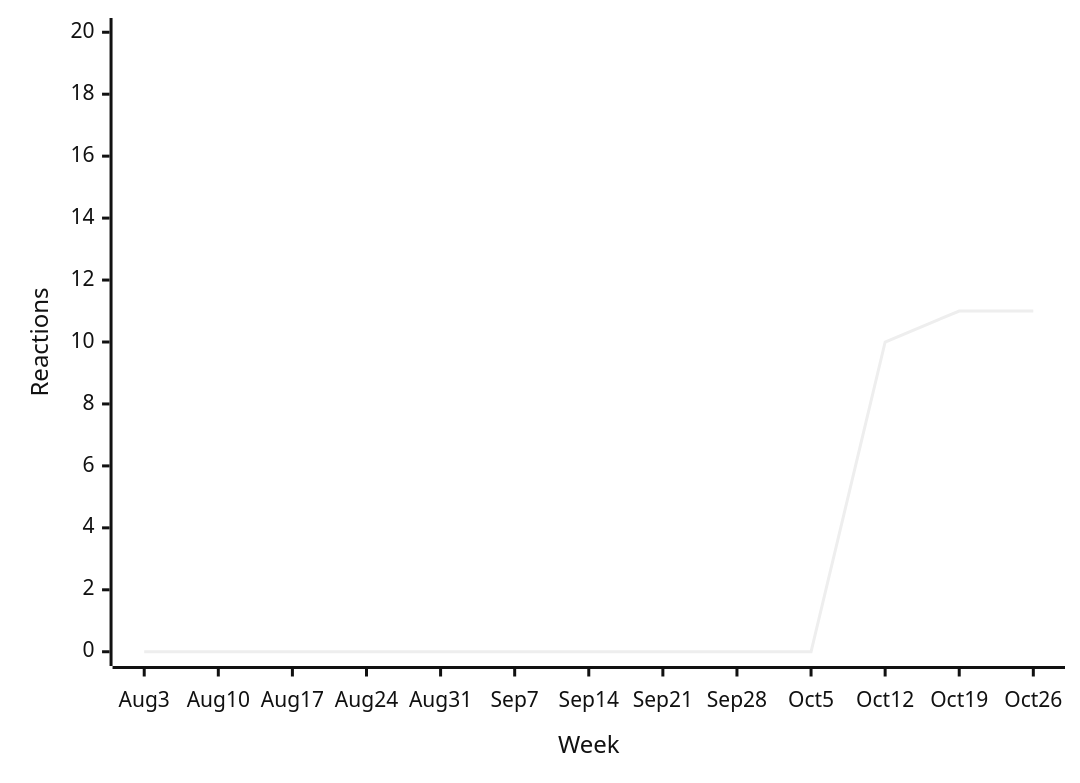
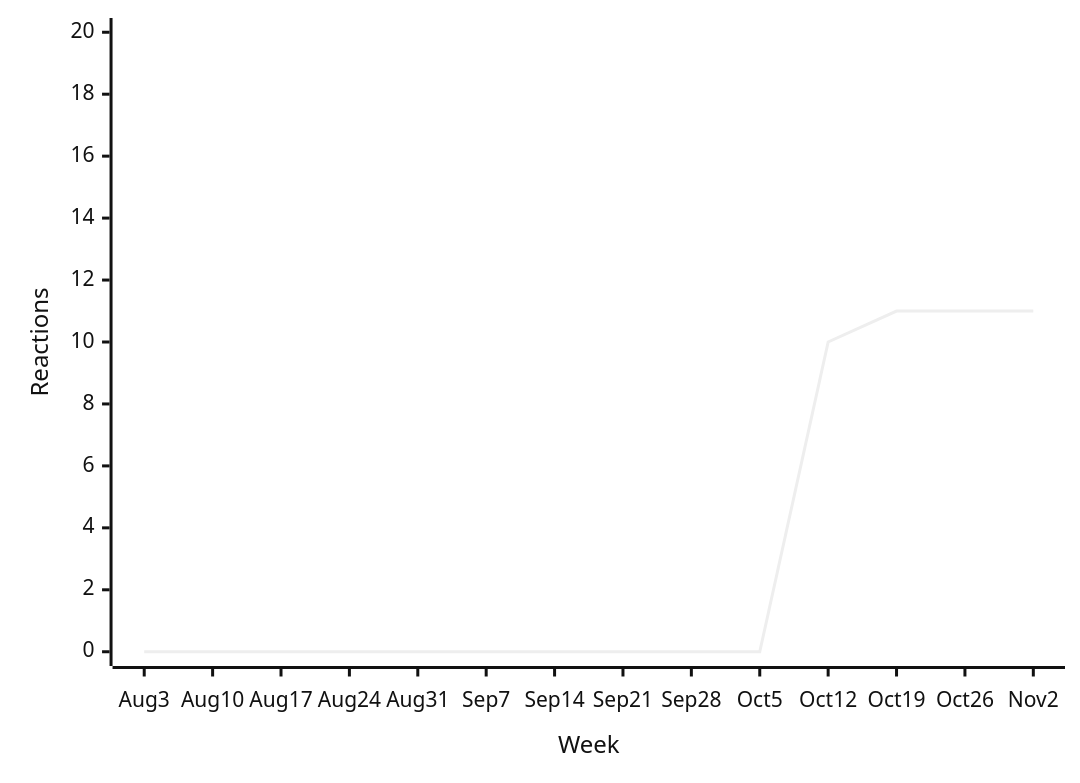
Before and after one commit to loic-sharma/github-insights: diagram 16 of 38 in README.md, drawn with Mermaid (neutral theme). The commit also changed other lines of this file and 3 other files, not shown here.

````diff
--- a/README.md
+++ b/README.md
@@ -579,6 +579,6 @@
   ```mermaid
   xychart-beta
-    x-axis "Week" [Aug 3, Aug 10, Aug 17, Aug 24, Aug 31, Sep 7, Sep 14, Sep 21, Sep 28, Oct 5, Oct 12, Oct 19, Oct 26]
+    x-axis "Week" [Aug 3, Aug 10, Aug 17, Aug 24, Aug 31, Sep 7, Sep 14, Sep 21, Sep 28, Oct 5, Oct 12, Oct 19, Oct 26, Nov 2]
     y-axis "Reactions" 0 --> 20
-    line [0, 0, 0, 0, 0, 0, 0, 0, 0, 0, 10, 11, 11]
+    line [0, 0, 0, 0, 0, 0, 0, 0, 0, 0, 10, 11, 11, 11]
   ```
````
